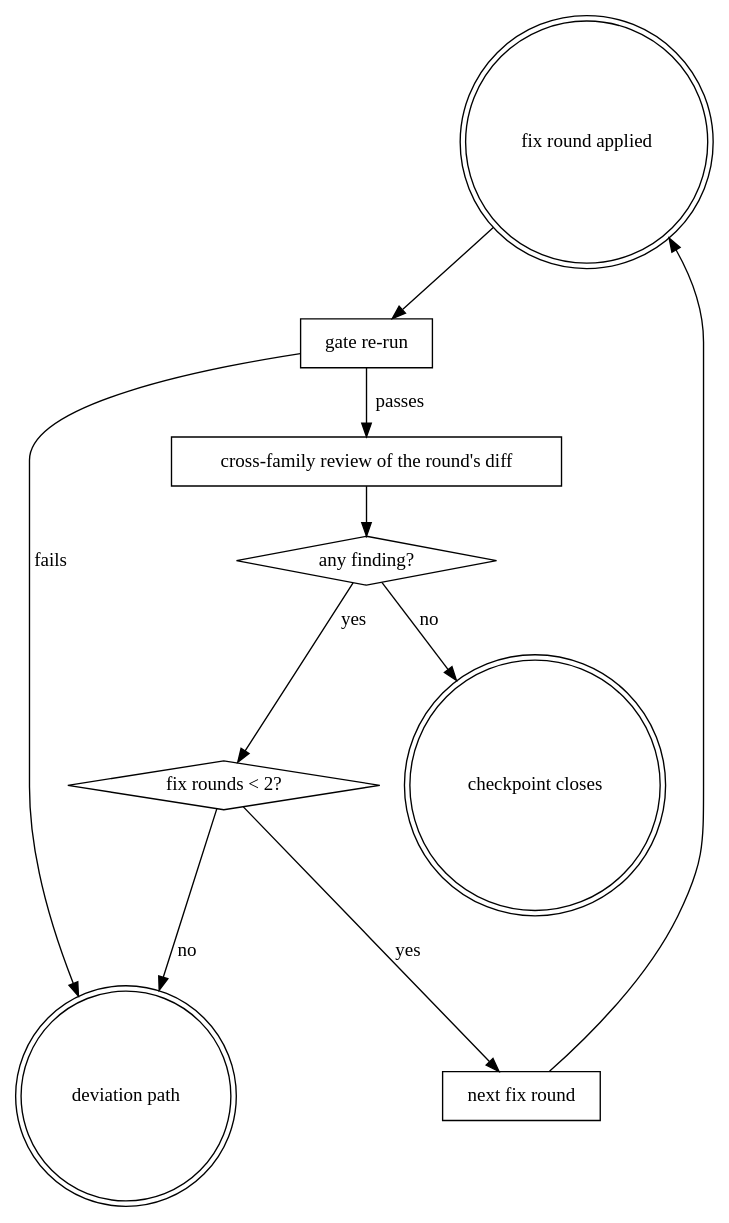
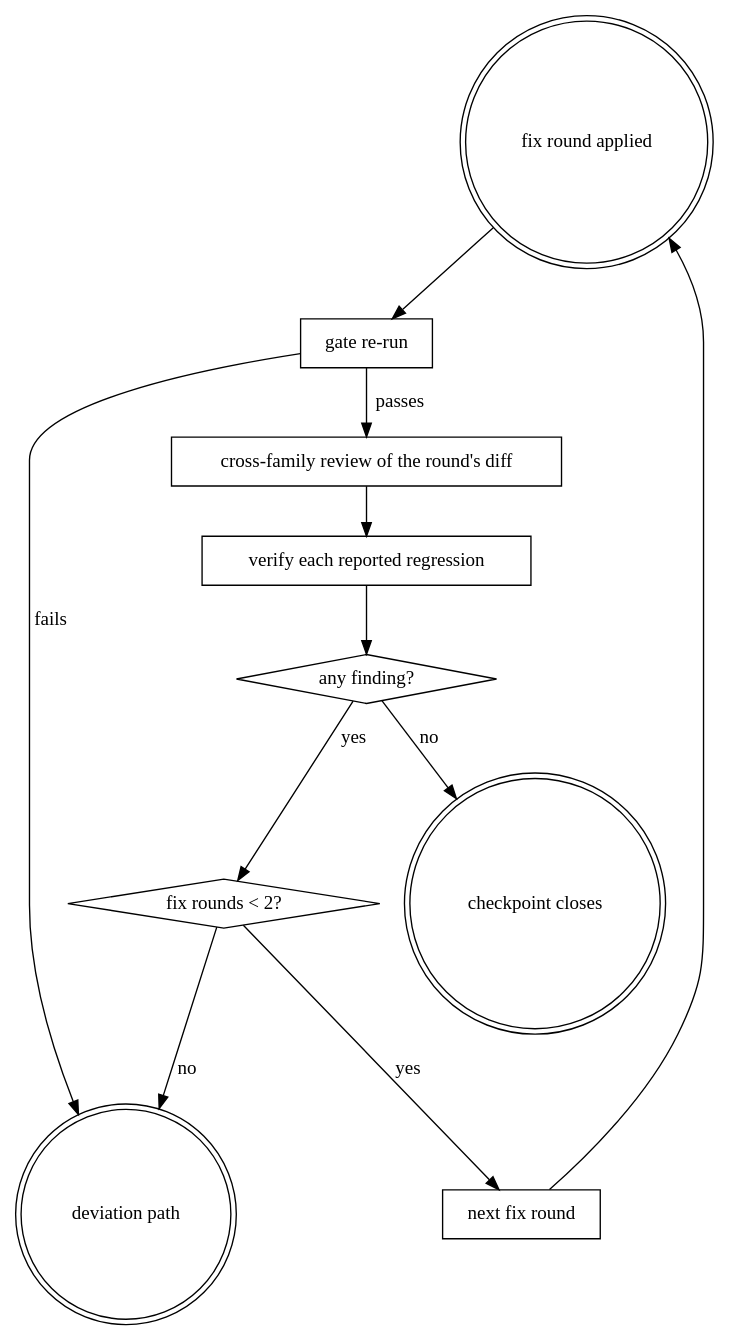
The diagram in plugins/work-orchestrator/skills/orchestrating-subagent-work/references/codex-dispatch.md (it-bens/ai-tools), drawn with Graphviz before and after one commit. The commit also changed other lines of this file and 2 other files, not shown here.

````diff
--- a/plugins/work-orchestrator/skills/orchestrating-subagent-work/references/codex-dispatch.md
+++ b/plugins/work-orchestrator/skills/orchestrating-subagent-work/references/codex-dispatch.md
@@ -16,22 +16,24 @@
 ```dot
 digraph revalidation_loop {
     "fix round applied" [shape=doublecircle];
     "gate re-run" [shape=box];
     "cross-family review of the round's diff" [shape=box];
+    "verify each reported regression" [shape=box];
     "any finding?" [shape=diamond];
     "fix rounds < 2?" [shape=diamond];
     "next fix round" [shape=box];
     "deviation path" [shape=doublecircle];
     "checkpoint closes" [shape=doublecircle];
 
     "fix round applied" -> "gate re-run";
     "gate re-run" -> "cross-family review of the round's diff" [label="passes"];
     "gate re-run" -> "deviation path" [label="fails"];
-    "cross-family review of the round's diff" -> "any finding?";
+    "cross-family review of the round's diff" -> "verify each reported regression";
+    "verify each reported regression" -> "any finding?";
     "any finding?" -> "checkpoint closes" [label="no"];
     "any finding?" -> "fix rounds < 2?" [label="yes"];
     "fix rounds < 2?" -> "next fix round" [label="yes"];
     "fix rounds < 2?" -> "deviation path" [label="no"];
     "next fix round" -> "fix round applied";
 }
 ```
````
